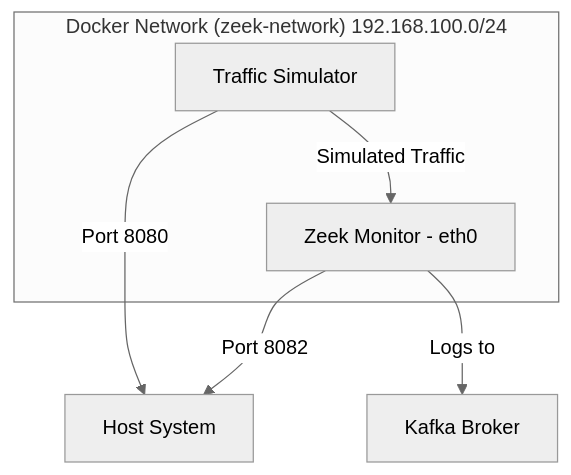
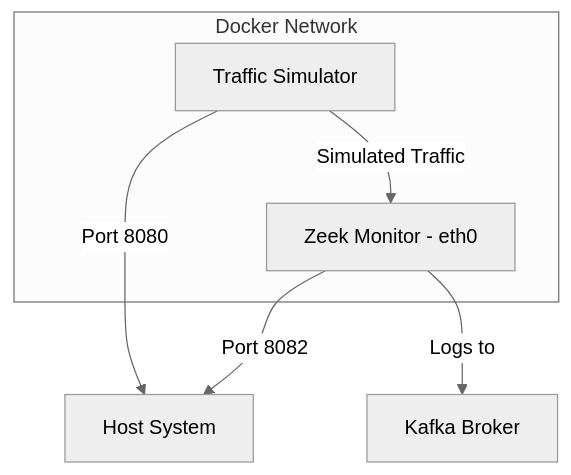
The diagram in README.md (snowch/vastdata_siem_demo), drawn with Mermaid (neutral theme) before and after one commit.

````diff
--- a/README.md
+++ b/README.md
@@ -13,14 +13,14 @@
 ```mermaid
 graph TD
-    subgraph "Docker Network (zeek-network) 192.168.100.0/24"
+    subgraph "Docker Network"
         Z[Zeek Monitor - eth0]
         T[Traffic Simulator]
         T -- Simulated Traffic --> Z
     end
     H[Host System]
     K[Kafka Broker]
 
     T -- Port 8080 --> H
     Z -- Port 8082 --> H
     Z -- Logs to --> K
 ```
````
